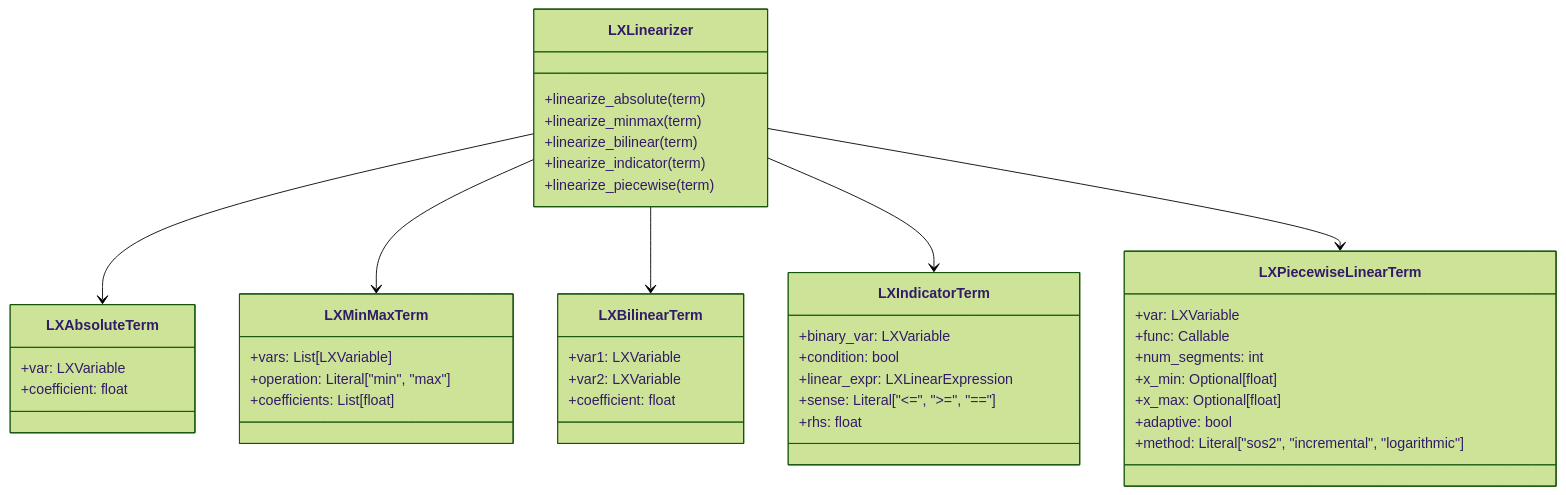
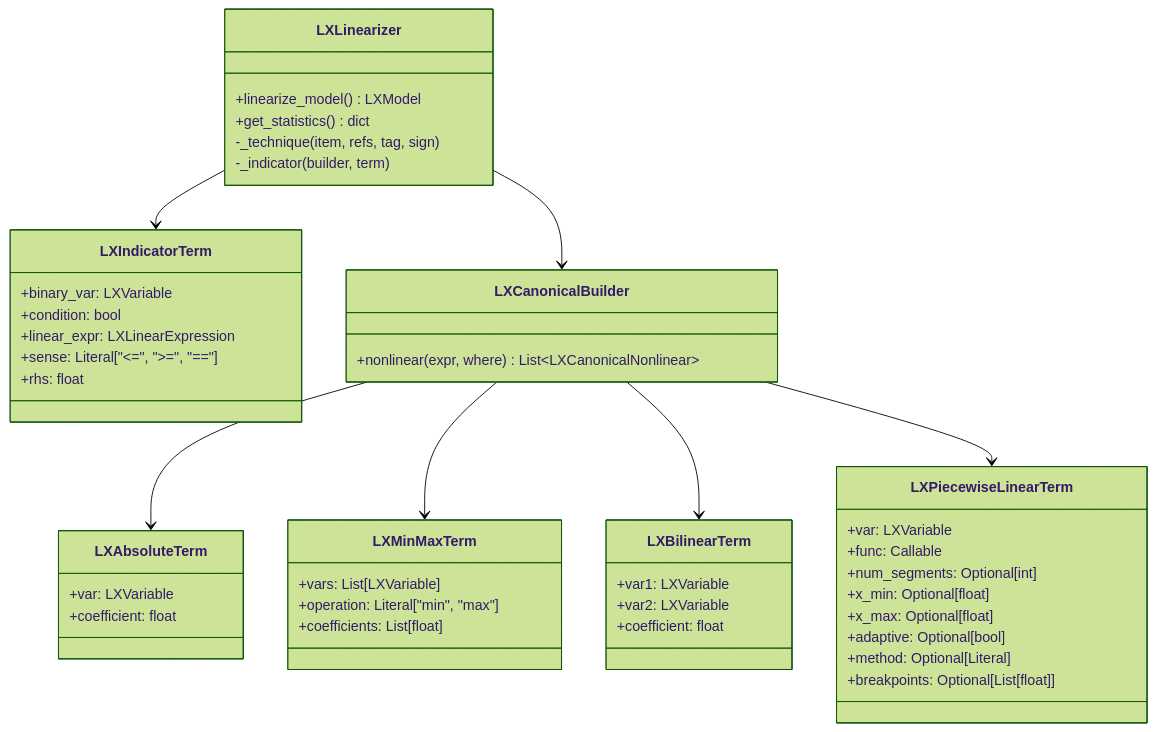
Before and after one commit to tdelphi1981/LumiX: the first of 3 diagrams in docs/source/development/nonlinear-architecture.rst, drawn with Mermaid (forest theme). The commit also changed other lines of this file and 7 other files, not shown here.

Commit message:
docs(linearization): developer docs follow the engine (canonical items, _TAG, pure techniques); add_indicator sense/rhs; linearization logging; solver docs use canonical_bounds

```diff
--- a/docs/source/development/nonlinear-architecture.rst
+++ b/docs/source/development/nonlinear-architecture.rst
@@ -19,51 +21,56 @@
 .. mermaid::
 
    classDiagram
        class LXAbsoluteTerm {
            +var: LXVariable
            +coefficient: float
        }
 
        class LXMinMaxTerm {
            +vars: List[LXVariable]
            +operation: Literal["min", "max"]
            +coefficients: List[float]
        }
 
        class LXBilinearTerm {
            +var1: LXVariable
            +var2: LXVariable
            +coefficient: float
        }
 
        class LXIndicatorTerm {
            +binary_var: LXVariable
            +condition: bool
            +linear_expr: LXLinearExpression
            +sense: Literal["<=", ">=", "=="]
            +rhs: float
        }
 
        class LXPiecewiseLinearTerm {
            +var: LXVariable
            +func: Callable
-           +num_segments: int
+           +num_segments: Optional[int]
            +x_min: Optional[float]
            +x_max: Optional[float]
-           +adaptive: bool
-           +method: Literal["sos2", "incremental", "logarithmic"]
+           +adaptive: Optional[bool]
+           +method: Optional[Literal]
+           +breakpoints: Optional[List[float]]
+       }
+
+       class LXCanonicalBuilder {
+           +nonlinear(expr, where) List~LXCanonicalNonlinear~
        }
 
        class LXLinearizer {
-           +linearize_absolute(term)
-           +linearize_minmax(term)
-           +linearize_bilinear(term)
-           +linearize_indicator(term)
-           +linearize_piecewise(term)
+           +linearize_model() LXModel
+           +get_statistics() dict
+           -_technique(item, refs, tag, sign)
+           -_indicator(builder, term)
        }
 
-       LXLinearizer --> LXAbsoluteTerm
-       LXLinearizer --> LXMinMaxTerm
-       LXLinearizer --> LXBilinearTerm
+       LXCanonicalBuilder --> LXAbsoluteTerm
+       LXCanonicalBuilder --> LXMinMaxTerm
+       LXCanonicalBuilder --> LXBilinearTerm
+       LXCanonicalBuilder --> LXPiecewiseLinearTerm
+       LXLinearizer --> LXCanonicalBuilder
        LXLinearizer --> LXIndicatorTerm
-       LXLinearizer --> LXPiecewiseLinearTerm
```
